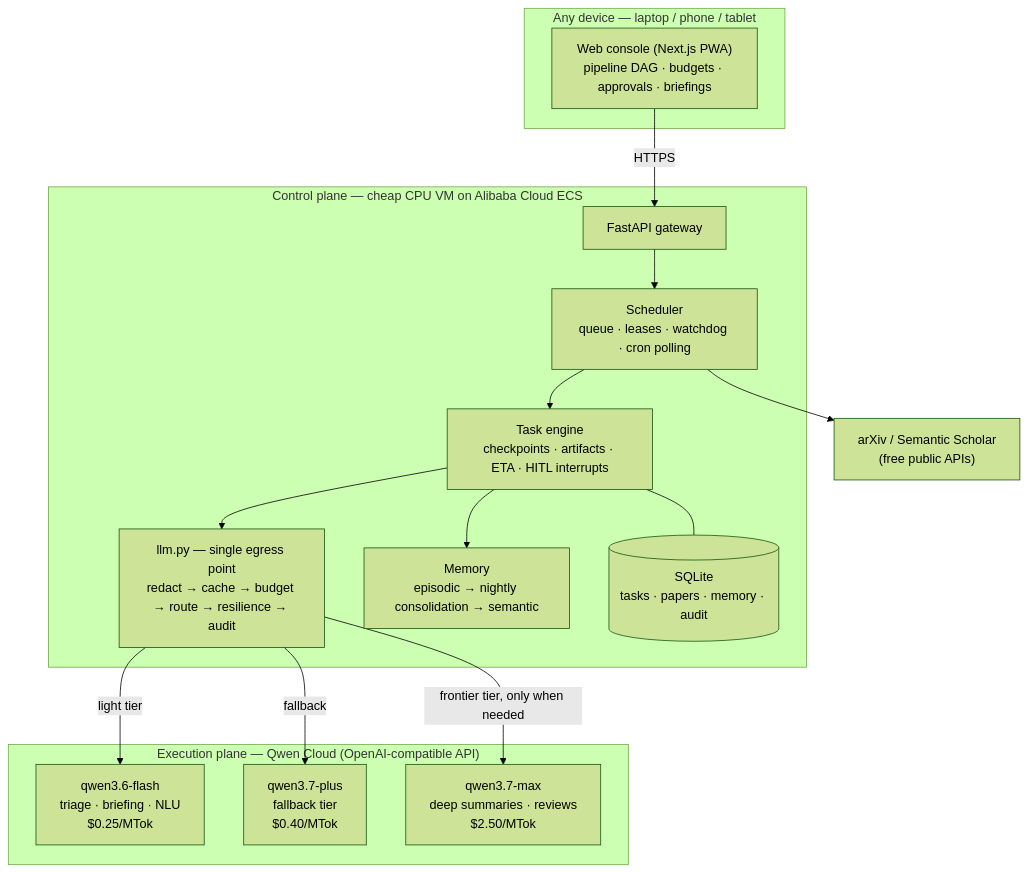
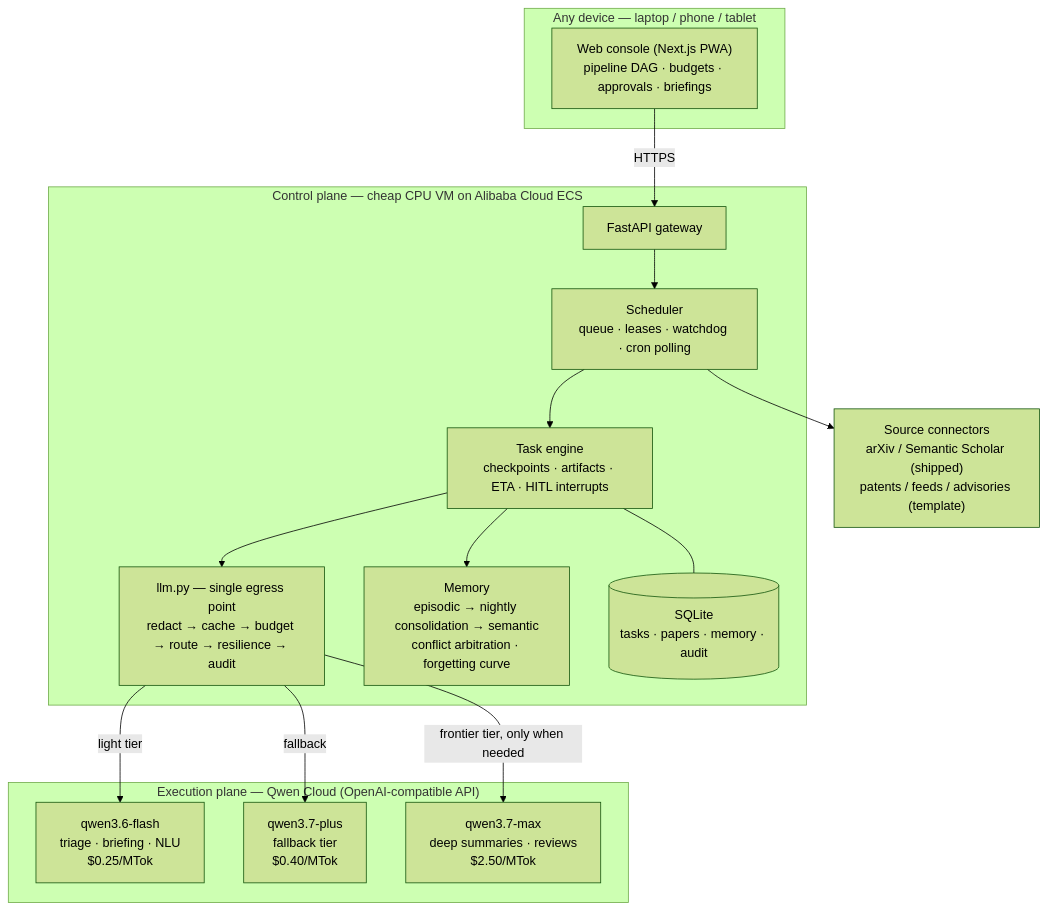
Before and after one commit to Vector897/JarvisQwen: the diagram in README.md, drawn with Mermaid (forest theme). The commit also changed other lines of this file and 4 other files, not shown here.

````diff
--- a/README.md
+++ b/README.md
@@ -71,32 +79,32 @@
 ```mermaid
 flowchart TB
     subgraph clients["Any device — laptop / phone / tablet"]
         B["Web console (Next.js PWA)<br/>pipeline DAG · budgets · approvals · briefings"]
     end
 
     subgraph cp["Control plane — cheap CPU VM on Alibaba Cloud ECS"]
         GW["FastAPI gateway"]
         SCHED["Scheduler<br/>queue · leases · watchdog · cron polling"]
         ENGINE["Task engine<br/>checkpoints · artifacts · ETA · HITL interrupts"]
         LLM["llm.py — single egress point<br/>redact → cache → budget → route → resilience → audit"]
-        MEM["Memory<br/>episodic → nightly consolidation → semantic"]
+        MEM["Memory<br/>episodic → nightly consolidation → semantic<br/>conflict arbitration · forgetting curve"]
         DB[("SQLite<br/>tasks · papers · memory · audit")]
     end
 
     subgraph qwen["Execution plane — Qwen Cloud (OpenAI-compatible API)"]
         FLASH["qwen3.6-flash<br/>triage · briefing · NLU<br/>$0.25/MTok"]
         PLUS["qwen3.7-plus<br/>fallback tier<br/>$0.40/MTok"]
         MAX["qwen3.7-max<br/>deep summaries · reviews<br/>$2.50/MTok"]
     end
 
-    ARXIV["arXiv / Semantic Scholar<br/>(free public APIs)"]
+    ARXIV["Source connectors<br/>arXiv / Semantic Scholar (shipped)<br/>patents / feeds / advisories (template)"]
 
     B -- HTTPS --> GW
     GW --> SCHED --> ENGINE --> LLM
     ENGINE --> MEM
     SCHED --> ARXIV
     ENGINE --- DB
     LLM -- "light tier" --> FLASH
     LLM -- "fallback" --> PLUS
     LLM -- "frontier tier, only when needed" --> MAX
 ```
````
